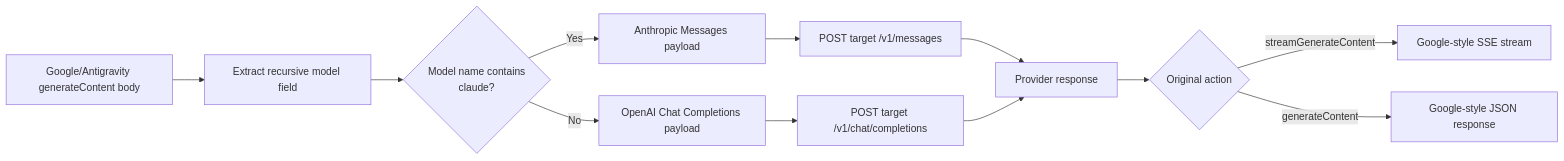
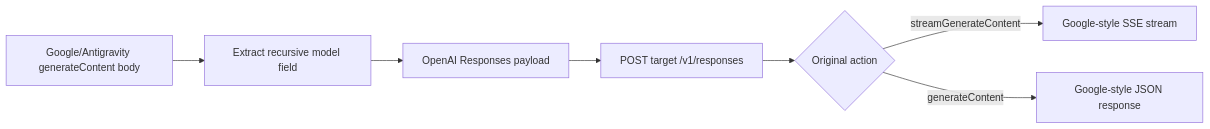
The second of 3 diagrams in README.md (zsecducna/AntigravityRouter), drawn with Mermaid before and after one commit. The commit also changed other lines of this file and 17 other files, not shown here.

````diff
--- a/README.md
+++ b/README.md
@@ -94,14 +95,9 @@
 ```mermaid
 flowchart LR
     A["Google/Antigravity generateContent body"] --> B["Extract recursive model field"]
-    B --> C{"Model name contains<br/>claude?"}
-    C -->|Yes| D["Anthropic Messages payload"]
-    C -->|No| E["OpenAI Chat Completions payload"]
-    D --> F["POST target /v1/messages"]
-    E --> G["POST target /v1/chat/completions"]
-    F --> H["Provider response"]
-    G --> H
+    B --> C["OpenAI Responses payload"]
+    C --> H["POST target /v1/responses"]
     H --> I{"Original action"}
     I -->|streamGenerateContent| J["Google-style SSE stream"]
     I -->|generateContent| K["Google-style JSON response"]
 ```
````
